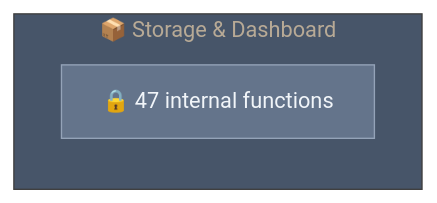
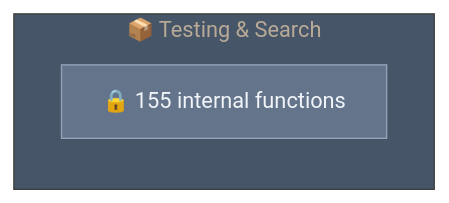
Before and after one commit to Ansh-dhanani/mikk: the diagram in .mikk/diagrams/capsules/web-mesh-benchmarks.mmd, drawn with Mermaid. The commit also changed 159 other files, not shown here.

```diff
--- a/.mikk/diagrams/capsules/web-mesh-benchmarks.mmd
+++ b/.mikk/diagrams/capsules/web-mesh-benchmarks.mmd
@@ -1,12 +1,12 @@
 %%{init: {"theme": "base", "themeVariables": {"primaryColor": "#1e293b", "primaryTextColor": "#e2e8f0", "lineColor": "#64748b", "secondaryColor": "#334155", "tertiaryColor": "#475569", "background": "#0f172a", "mainBkg": "#1e293b", "nodeBorder": "#475569"}}}%%
 graph LR
 
-    subgraph web_mesh_benchmarks["📦 Storage & Dashboard"]
+    subgraph web_mesh_benchmarks["📦 Testing & Search"]
         direction TB
-        internal["🔒 47 internal functions"]
+        internal["🔒 155 internal functions"]
     end
 
 
     classDef publicApi fill:#22c55e,stroke:#4ade80,color:#f0fdf4
     classDef internalApi fill:#64748b,stroke:#94a3b8,color:#f1f5f9
     class internal internalApi
```
